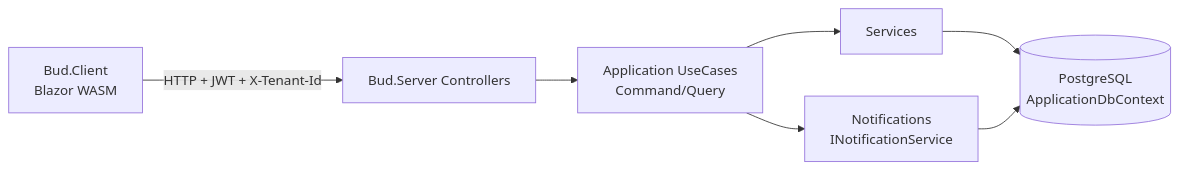
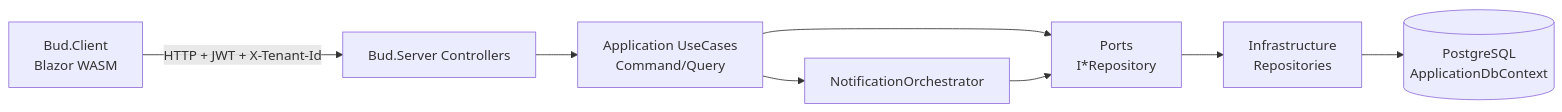
Before and after one commit to dsbraz/bud: the first of 10 diagrams in README.md, drawn with Mermaid. The commit also changed other lines of this file and 9 other files, not shown here.

First line of the commit message:
docs(architecture): align ADR and guidelines with clean architecture migration

````diff
--- a/README.md
+++ b/README.md
@@ -117,9 +123,10 @@
 ```mermaid
 flowchart LR
     A[Bud.Client<br/>Blazor WASM] -->|HTTP + JWT + X-Tenant-Id| B[Bud.Server Controllers]
     B --> C[Application UseCases<br/>Command/Query]
-    C --> D[Services]
-    D --> E[(PostgreSQL<br/>ApplicationDbContext)]
-    C --> N[Notifications<br/>INotificationService]
-    N --> E
+    C --> P[Ports<br/>I*Repository]
+    P --> R[Infrastructure<br/>Repositories]
+    R --> E[(PostgreSQL<br/>ApplicationDbContext)]
+    C --> N[NotificationOrchestrator]
+    N --> P
 ```
````
